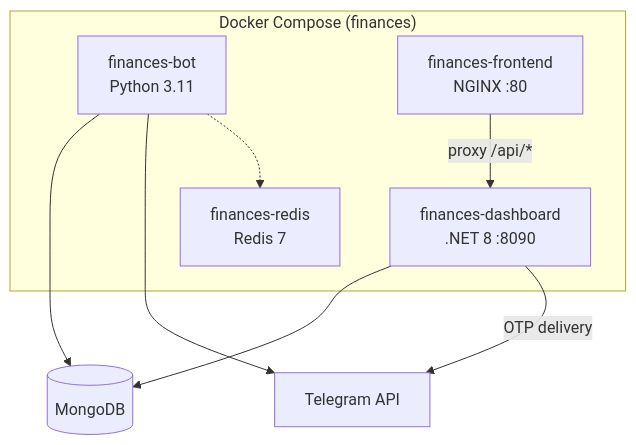
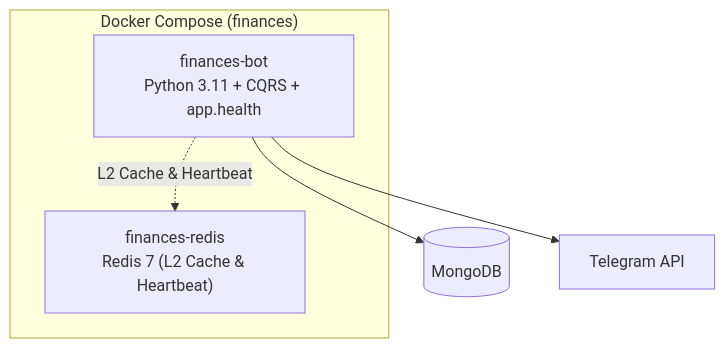
The second of 2 diagrams in docs/English/ARCHITECTURE.md (teferdet/finances), drawn with Mermaid before and after one commit. The commit also changed other lines of this file and 9 other files, not shown here.

````diff
--- a/docs/English/ARCHITECTURE.md
+++ b/docs/English/ARCHITECTURE.md
@@ -91,19 +93,14 @@
 ```mermaid
 graph TB
     subgraph compose["Docker Compose (finances)"]
-        BOT["finances-bot<br/>Python 3.11"]
-        API["finances-dashboard<br/>.NET 8 :8090"]
-        FE["finances-frontend<br/>NGINX :80"]
-        REDIS["finances-redis<br/>Redis 7"]
+        BOT["finances-bot<br/>Python 3.11 + CQRS + app.health"]
+        REDIS["finances-redis<br/>Redis 7 (L2 Cache & Heartbeat)"]
     end
 
     MONGO[(MongoDB)]
     TG[Telegram API]
 
-    FE -->|"proxy /api/*"| API
-    API --> MONGO
     BOT --> MONGO
     BOT --> TG
-    BOT -.-> REDIS
-    API -->|"OTP delivery"| TG
+    BOT -.->|"L2 Cache & Heartbeat"| REDIS
 ```
````
